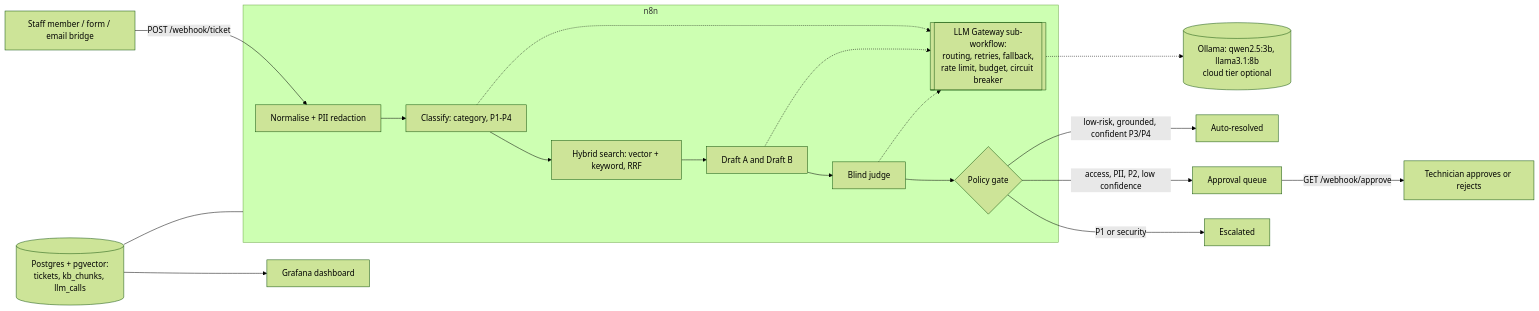
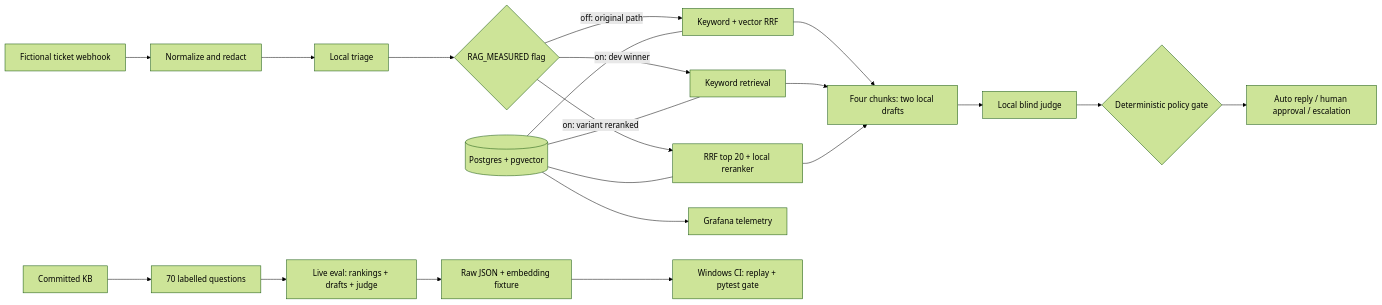
Before and after one commit to iamnajib71/it-ops-lab: the diagram in README.md, drawn with Mermaid (forest theme). The commit also changed other lines of this file and 49 other files, not shown here.

Commit message:
Measure retrieval and answer quality with local models and CI regression gates

````diff
--- a/README.md
+++ b/README.md
@@ -36,20 +21,19 @@
 ```mermaid
 flowchart LR
-  U[Staff member / form / email bridge] -->|POST /webhook/ticket| I
-  subgraph n8n
-    I[Normalise + PII redaction] --> C[Classify: category, P1-P4]
-    C --> R[Hybrid search: vector + keyword, RRF]
-    R --> D[Draft A and Draft B]
-    D --> J[Blind judge]
-    J --> G{Policy gate}
-    GW[[LLM Gateway sub-workflow:<br/>routing, retries, fallback,<br/>rate limit, budget, circuit breaker]]
-  end
-  C & D & J -.-> GW
-  GW -.-> O[(Ollama: qwen2.5:3b, llama3.1:8b<br/>cloud tier optional)]
-  G -->|low-risk, grounded, confident P3/P4| A[Auto-resolved]
-  G -->|access, PII, P2, low confidence| Q[Approval queue]
-  G -->|P1 or security| E[Escalated]
-  Q -->|GET /webhook/approve| H[Technician approves or rejects]
-  PG[(Postgres + pgvector:<br/>tickets, kb_chunks, llm_calls)] --- n8n
-  PG --> GF[Grafana dashboard]
+  T[Fictional ticket webhook] --> P[Normalize and redact]
+  P --> C[Local triage]
+  C --> F{RAG_MEASURED flag}
+  F -->|off: original path| H[Keyword + vector RRF]
+  F -->|on: dev winner| K[Keyword retrieval]
+  F -->|on: variant reranked| R[RRF top 20 + local reranker]
+  H & K & R --> D[Four chunks: two local drafts]
+  D --> J[Local blind judge]
+  J --> G{Deterministic policy gate}
+  G --> A[Auto reply / human approval / escalation]
+  PG[(Postgres + pgvector)] --- H & K & R
+  PG --> GF[Grafana telemetry]
+  KB[Committed KB] --> E[70 labelled questions]
+  E --> V[Live eval: rankings + drafts + judge]
+  V --> X[Raw JSON + embedding fixture]
+  X --> CI[Windows CI: replay + pytest gate]
 ```
````
